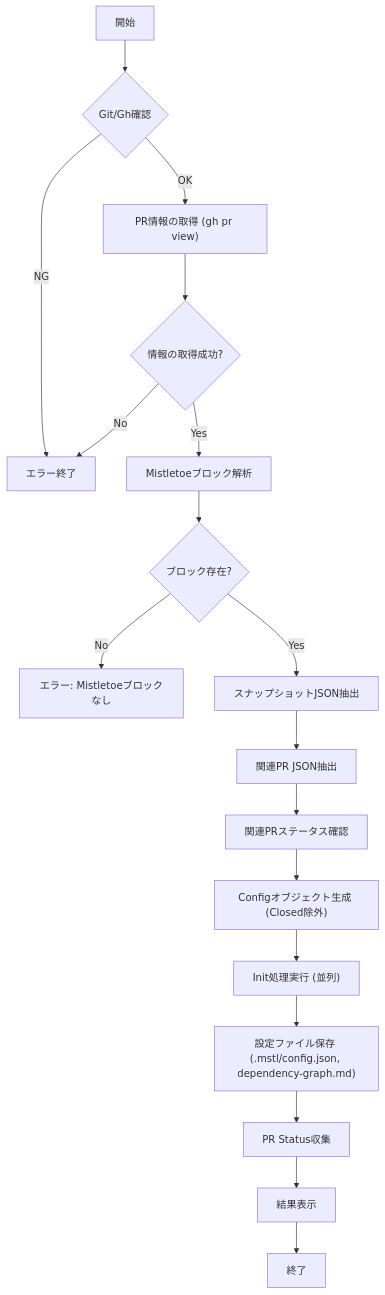
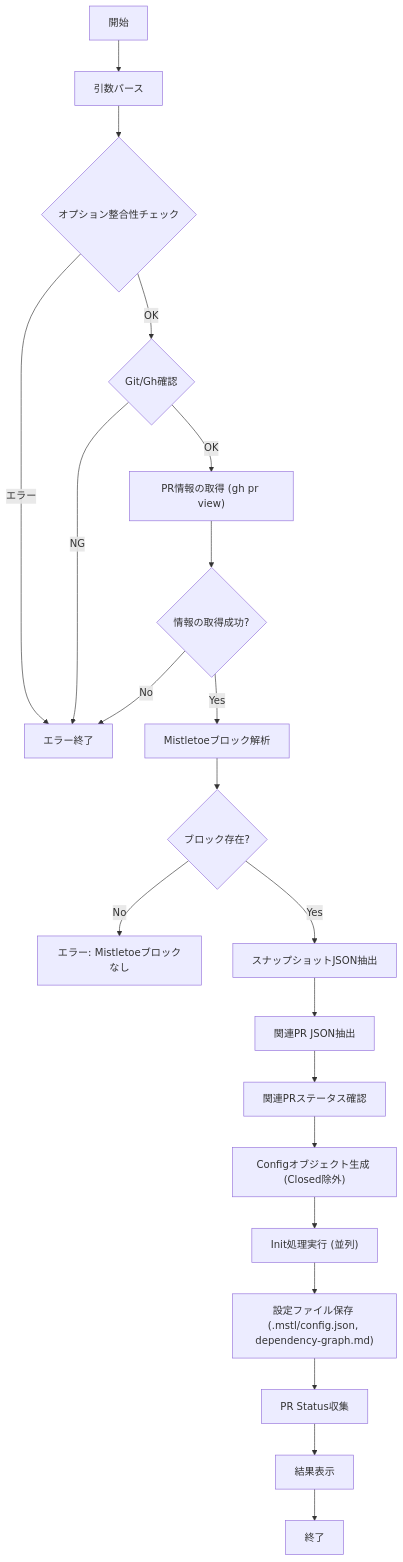
Before and after one commit to keiji/mistletoe: the diagram in docs/internal/app/pr_checkout.md, drawn with Mermaid. The commit also changed 8 other files, not shown here.

First line of the commit message:
Update design document flowcharts with ValidateFlags step

````diff
--- a/docs/internal/app/pr_checkout.md
+++ b/docs/internal/app/pr_checkout.md
@@ -54,20 +54,23 @@
 ```mermaid
 flowchart TD
-    Start["開始"] --> CheckEnv{"Git/Gh確認"}
-    CheckEnv -- NG --> ErrorEnv["エラー終了"]
+    Start["開始"] --> ParseArgs["引数パース"]
+    ParseArgs --> ValidateFlags{"オプション整合性チェック"}
+    ValidateFlags -- "エラー" --> ErrorEnv["エラー終了"]
+    ValidateFlags -- "OK" --> CheckEnv{"Git/Gh確認"}
+    CheckEnv -- NG --> ErrorEnv
     CheckEnv -- OK --> GetPRInfo["PR情報の取得 (gh pr view)"]
     GetPRInfo --> CheckInfo{"情報の取得成功?"}
     CheckInfo -- No --> ErrorEnv
     CheckInfo -- Yes --> ParseBlock["Mistletoeブロック解析"]
     ParseBlock --> CheckBlock{"ブロック存在?"}
     CheckBlock -- No --> ErrorBlock["エラー: Mistletoeブロックなし"]
     CheckBlock -- Yes --> ExtractSnap["スナップショットJSON抽出"]
     ExtractSnap --> ExtractRel["関連PR JSON抽出"]
     ExtractRel --> CheckRelStatus["関連PRステータス確認"]
     CheckRelStatus --> FilterConfig["Configオブジェクト生成 (Closed除外)"]
     FilterConfig --> ExecInit["Init処理実行 (並列)"]
     ExecInit --> SaveConfig["設定ファイル保存 (.mstl/config.json, dependency-graph.md)"]
     SaveConfig --> CollectStatus["PR Status収集"]
     CollectStatus --> ShowResult["結果表示"]
     ShowResult --> End["終了"]
 ```
````
